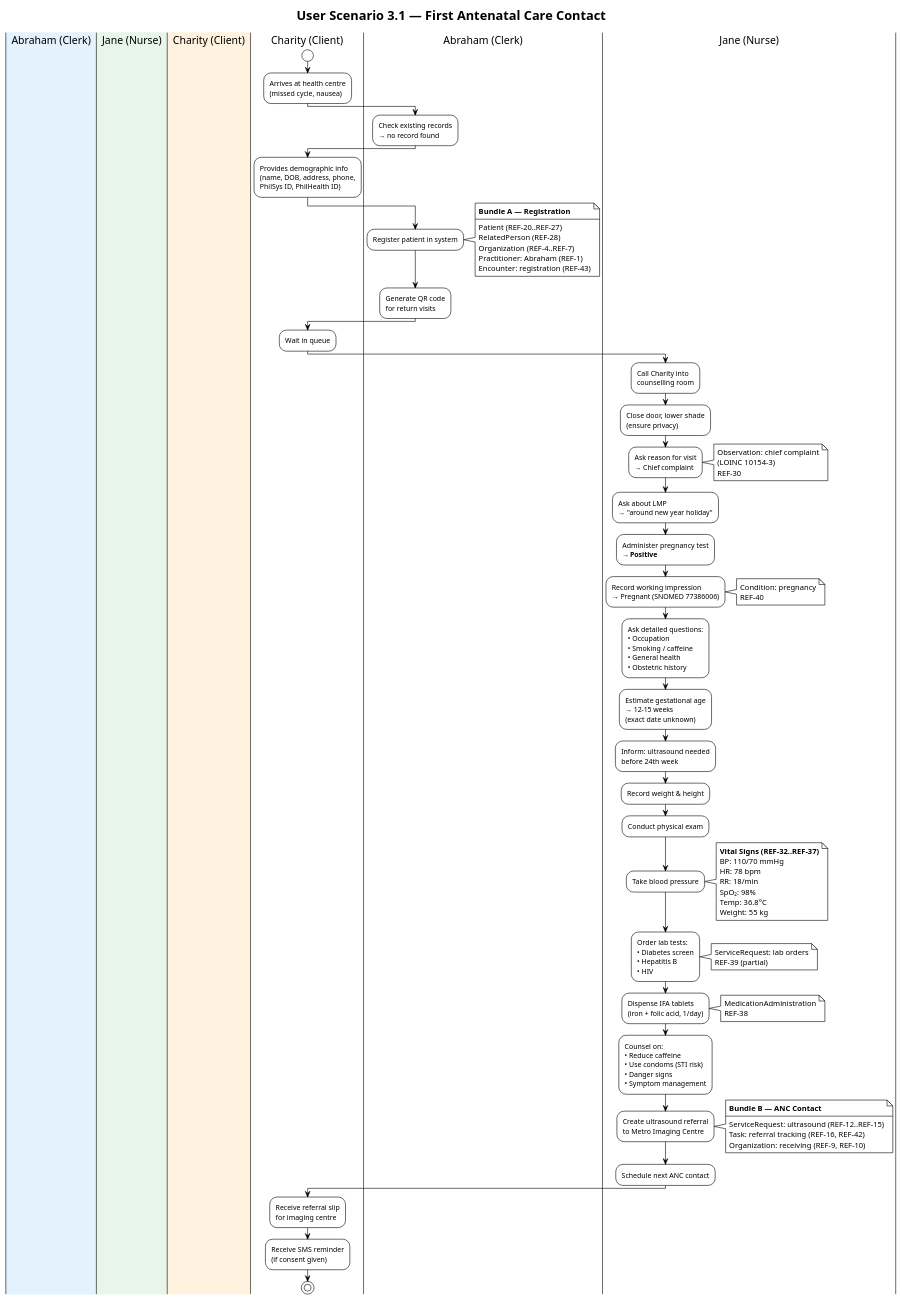
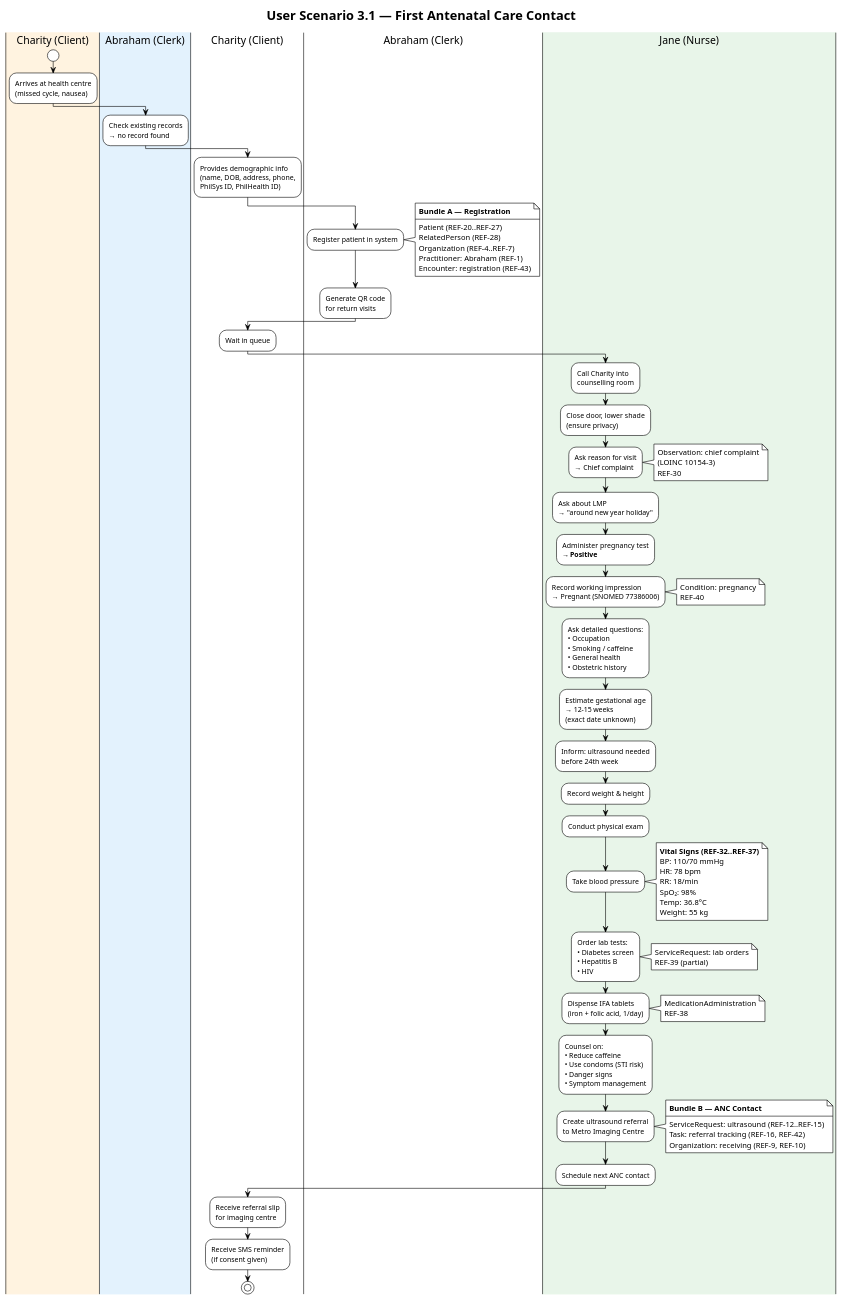
One commit to jgsuess/ph-ereferral changed the diagram in input/images-source/scenario-activity.plantuml. Above: the diagram before and after it, drawn with PlantUML. The commit also changed 1 other file, not shown here.

```diff
--- a/input/images-source/scenario-activity.plantuml
+++ b/input/images-source/scenario-activity.plantuml
@@ -1,106 +1,101 @@
 @startuml scenario-activity
 !theme plain
 title User Scenario 3.1 — First Antenatal Care Contact
 
-|#E3F2FD| Abraham (Clerk) |
-|#E8F5E9| Jane (Nurse) |
 |#FFF3E0| Charity (Client) |
-
-|Charity (Client)|
 start
 :Arrives at health centre\n(missed cycle, nausea);
 
-|Abraham (Clerk)|
+|#E3F2FD| Abraham (Clerk) |
 :Check existing records\n→ no record found;
 
 |Charity (Client)|
 :Provides demographic info\n(name, DOB, address, phone,\nPhilSys ID, PhilHealth ID);
 
 |Abraham (Clerk)|
 :Register patient in system;
 note right
   **Bundle A — Registration**
   ----
   Patient (REF-20..REF-27)
   RelatedPerson (REF-28)
   Organization (REF-4..REF-7)
   Practitioner: Abraham (REF-1)
   Encounter: registration (REF-43)
 end note
 :Generate QR code\nfor return visits;
 
 |Charity (Client)|
 :Wait in queue;
 
-|Jane (Nurse)|
+|#E8F5E9| Jane (Nurse) |
 :Call Charity into\ncounselling room;
 :Close door, lower shade\n(ensure privacy);
 
 :Ask reason for visit\n→ Chief complaint;
 note right
   Observation: chief complaint
   (LOINC 10154-3)
   REF-30
 end note
 
 :Ask about LMP\n→ "around new year holiday";
 :Administer pregnancy test\n→ **Positive**;
 
-|Jane (Nurse)|
 :Record working impression\n→ Pregnant (SNOMED 77386006);
 note right
   Condition: pregnancy
   REF-40
 end note
 
 :Ask detailed questions:\n• Occupation\n• Smoking / caffeine\n• General health\n• Obstetric history;
 
 :Estimate gestational age\n→ 12–15 weeks\n(exact date unknown);
 
 :Inform: ultrasound needed\nbefore 24th week;
 
 :Record weight & height;
 :Conduct physical exam;
 :Take blood pressure;
 note right
   **Vital Signs (REF-32..REF-37)**
   BP: 110/70 mmHg
   HR: 78 bpm
   RR: 18/min
   SpO₂: 98%
   Temp: 36.8°C
   Weight: 55 kg
 end note
 
 :Order lab tests:\n• Diabetes screen\n• Hepatitis B\n• HIV;
 note right
   ServiceRequest: lab orders
   REF-39 (partial)
 end note
 
 :Dispense IFA tablets\n(iron + folic acid, 1/day);
 note right
   MedicationAdministration
   REF-38
 end note
 
 :Counsel on:\n• Reduce caffeine\n• Use condoms (STI risk)\n• Danger signs\n• Symptom management;
 
 :Create ultrasound referral\nto Metro Imaging Centre;
 note right
   **Bundle B — ANC Contact**
   ----
   ServiceRequest: ultrasound (REF-12..REF-15)
   Task: referral tracking (REF-16, REF-42)
   Organization: receiving (REF-9, REF-10)
 end note
 
 :Schedule next ANC contact;
 
 |Charity (Client)|
 :Receive referral slip\nfor imaging centre;
 :Receive SMS reminder\n(if consent given);
 
 stop
 
 @enduml
```
